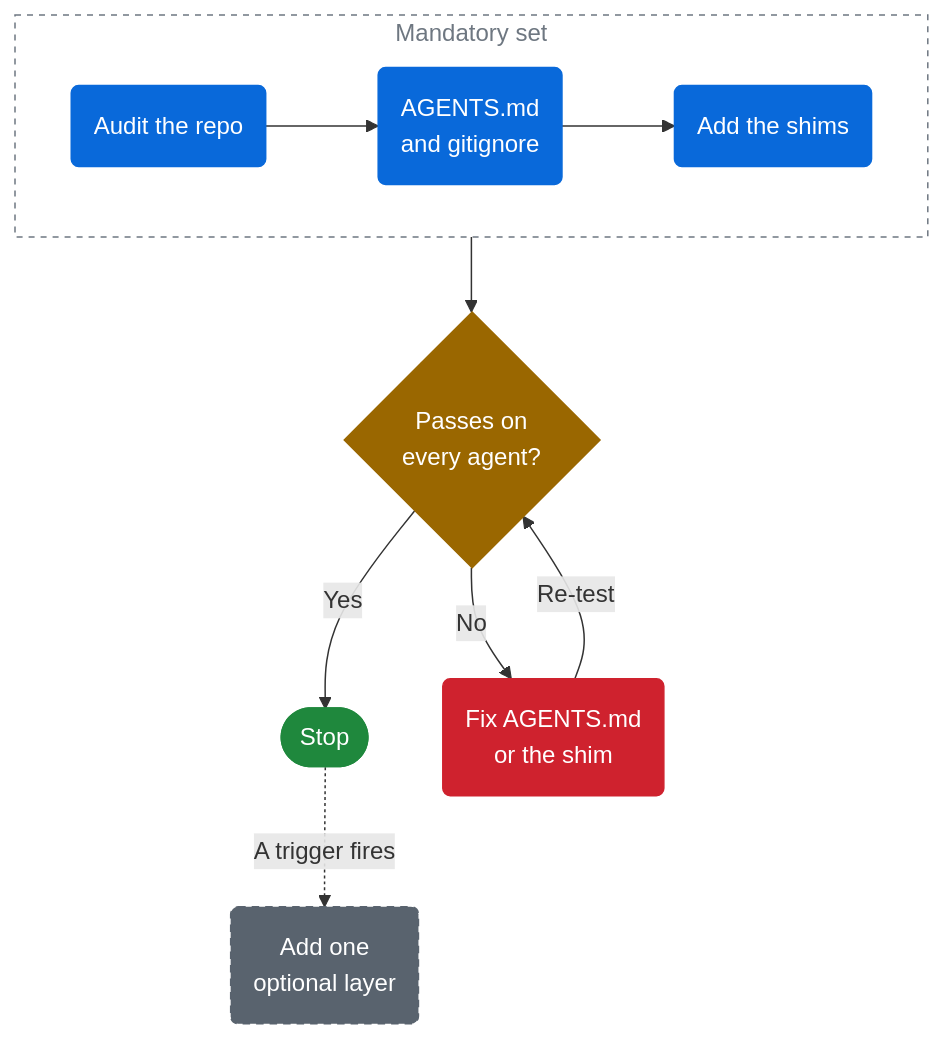
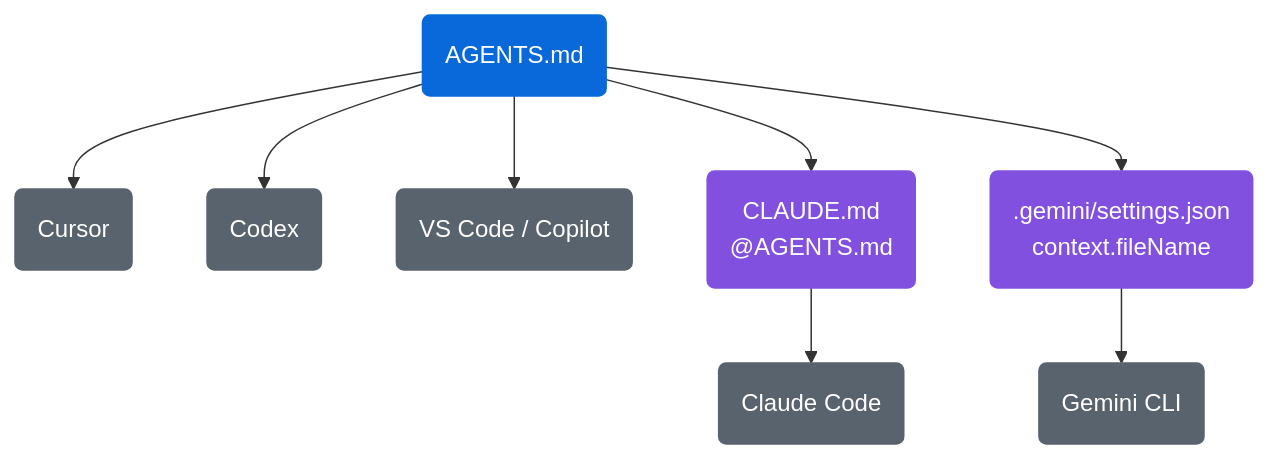
One commit to santoshshinde2012/over-ai-engineering changed the second of 2 diagrams in README.md. Above: the diagram before and after it, drawn with Mermaid. The commit also changed other lines of this file and 1 other file, not shown here.

````diff
--- a/README.md
+++ b/README.md
@@ -62,30 +53,22 @@
 ```mermaid
 flowchart TB
-  accTitle: How to apply the checklist
-  accDescr: Audit, write AGENTS.md and the gitignore, add the shims, then test on every agent. A no result fixes AGENTS.md or the shim and tests again. A yes result stops. A dashed line adds one optional layer only after a trigger fires.
+  accTitle: Shared rules and agent-specific shims
+  accDescr: AGENTS.md holds shared rules. Cursor, Codex, and VS Code Copilot read it directly. The recommended Claude setup imports it through CLAUDE.md. Gemini CLI includes it through the context.fileName project setting.
 
-  subgraph mandatory["Mandatory set"]
-    direction LR
-    audit("Audit the repo") --> setup("AGENTS.md<br/>and gitignore") --> shims("Add the shims")
-  end
+  agents("AGENTS.md")
+  agents --> cursor("Cursor")
+  agents --> codex("Codex")
+  agents --> copilot("VS Code / Copilot")
+  agents --> claudeShim("CLAUDE.md<br/>@AGENTS.md")
+  claudeShim --> claude("Claude Code")
+  agents --> geminiShim(".gemini/settings.json<br/>context.fileName")
+  geminiShim --> gemini("Gemini CLI")
 
-  mandatory --> test{"Passes on<br/>every agent?"}
-  test -->|Yes| stop(["Stop"])
-  test -->|No| fix("Fix AGENTS.md<br/>or the shim")
-  fix -->|Re-test| test
-  stop -.->|A trigger fires| layer("Add one<br/>optional layer")
+  classDef source fill:#0969DA,stroke:#0969DA,color:#FFFFFF
+  classDef shim fill:#8250DF,stroke:#8250DF,color:#FFFFFF
+  classDef agent fill:#59636E,stroke:#59636E,color:#FFFFFF
 
-  classDef step fill:#0969DA,stroke:#0969DA,color:#FFFFFF
-  classDef check fill:#9A6700,stroke:#9A6700,color:#FFFFFF
-  classDef done fill:#1F883D,stroke:#1F883D,color:#FFFFFF
-  classDef rework fill:#CF222E,stroke:#CF222E,color:#FFFFFF
-  classDef later fill:#59636E,stroke:#59636E,color:#FFFFFF,stroke-dasharray:5 4
-  classDef group fill:transparent,stroke:#6E7781,stroke-dasharray:4 4,color:#6E7781
-
-  class audit,setup,shims step
-  class test check
-  class stop done
-  class fix rework
-  class layer later
-  class mandatory group
+  class agents source
+  class claudeShim,geminiShim shim
+  class cursor,codex,copilot,claude,gemini agent
 ```
````
